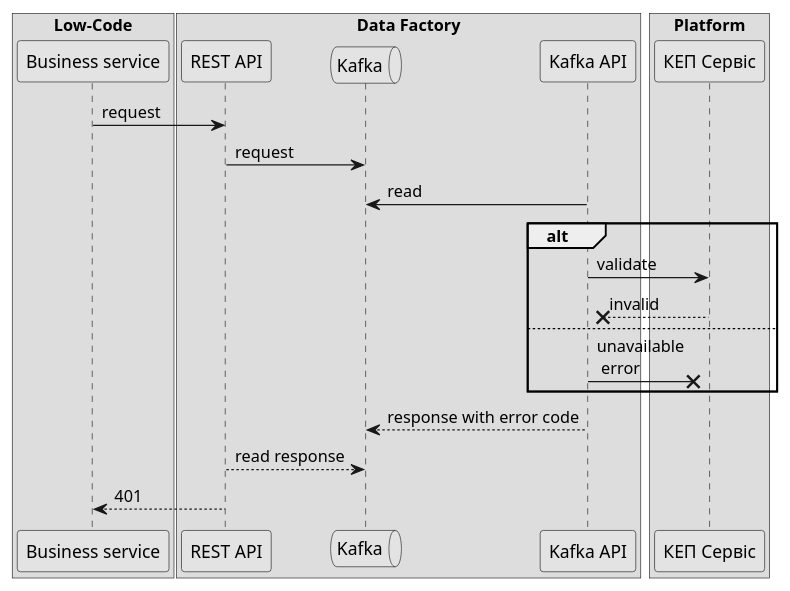
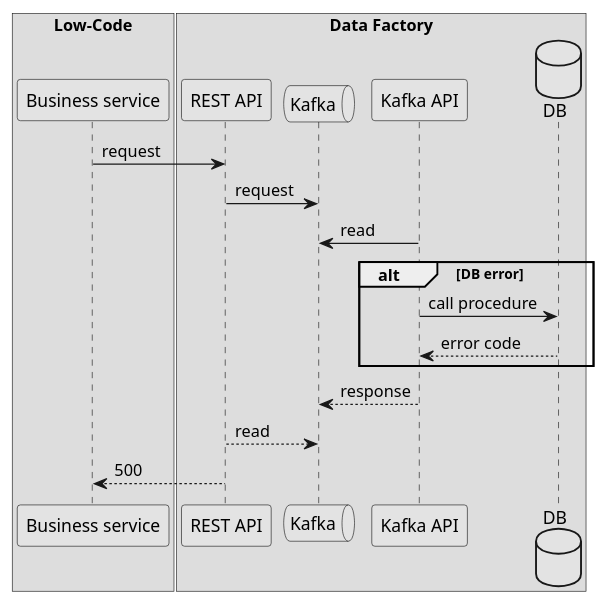
The fourth of 13 diagrams in modules/ROOT/pages/datafactory/system-errors.adoc (epam/edp-ddm-architecture), drawn with PlantUML before and after one commit. The commit also changed other lines of this file, not shown here.

Commit message:
[MDTUDDM-2227] High level error structure added

```diff
--- a/modules/ROOT/pages/datafactory/system-errors.adoc
+++ b/modules/ROOT/pages/datafactory/system-errors.adoc
@@ -88,34 +128,28 @@
 [plantuml]
 ----
 @startuml
 skinparam monochrome true
 
 box "Low-Code" 
-participant "Business service" as low
+    participant "Business service" as low
 end box
 
 box "Data Factory"
     participant "REST API" as rest
     queue "Kafka" as kafka
     participant "Kafka API" as kapi
-end box
-
-box "Platform"
-
-participant "КЕП Сервіс" as kep
+    database "DB" as db
 end box
 
 low -> rest: request
 rest -> kafka: request
 kapi -> kafka: read
-alt 
-kapi -> kep: validate
-kep --X kapi: invalid
-else 
-kapi -X kep: unavailable \n error
+alt DB error
+kapi -> db: call procedure
+return error code
 end
-kapi --> kafka: response with error code
-rest --> kafka: read response
-rest --> low: 401 
+kapi --> kafka: response 
+rest --> kafka: read
+rest --> low: 500
 @enduml
 ----
```
